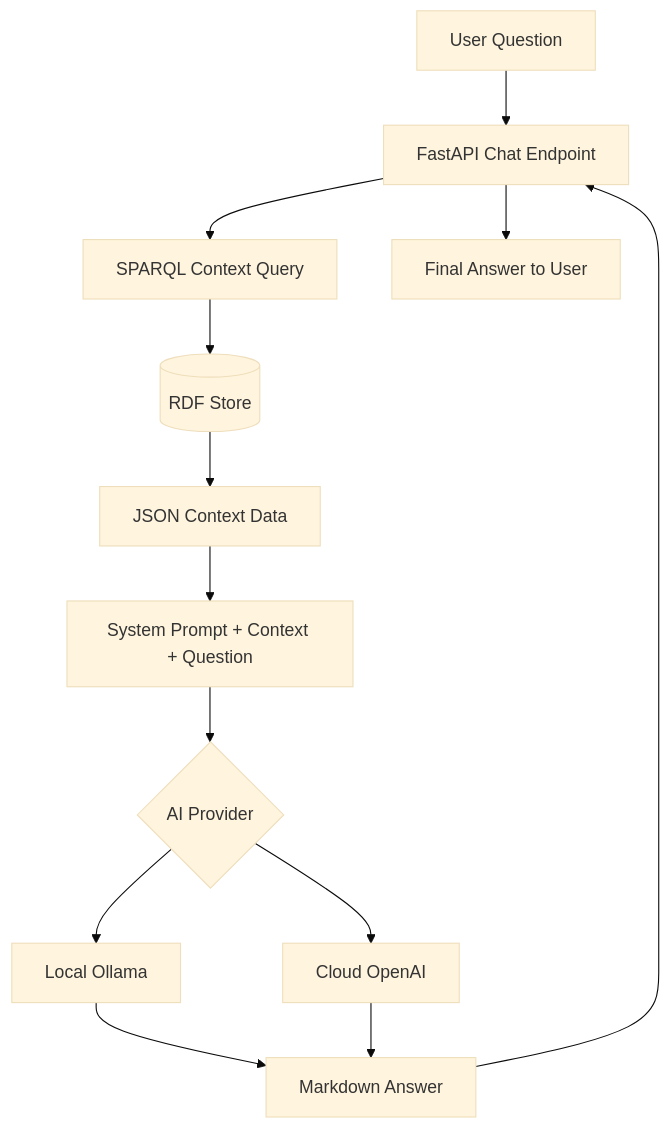
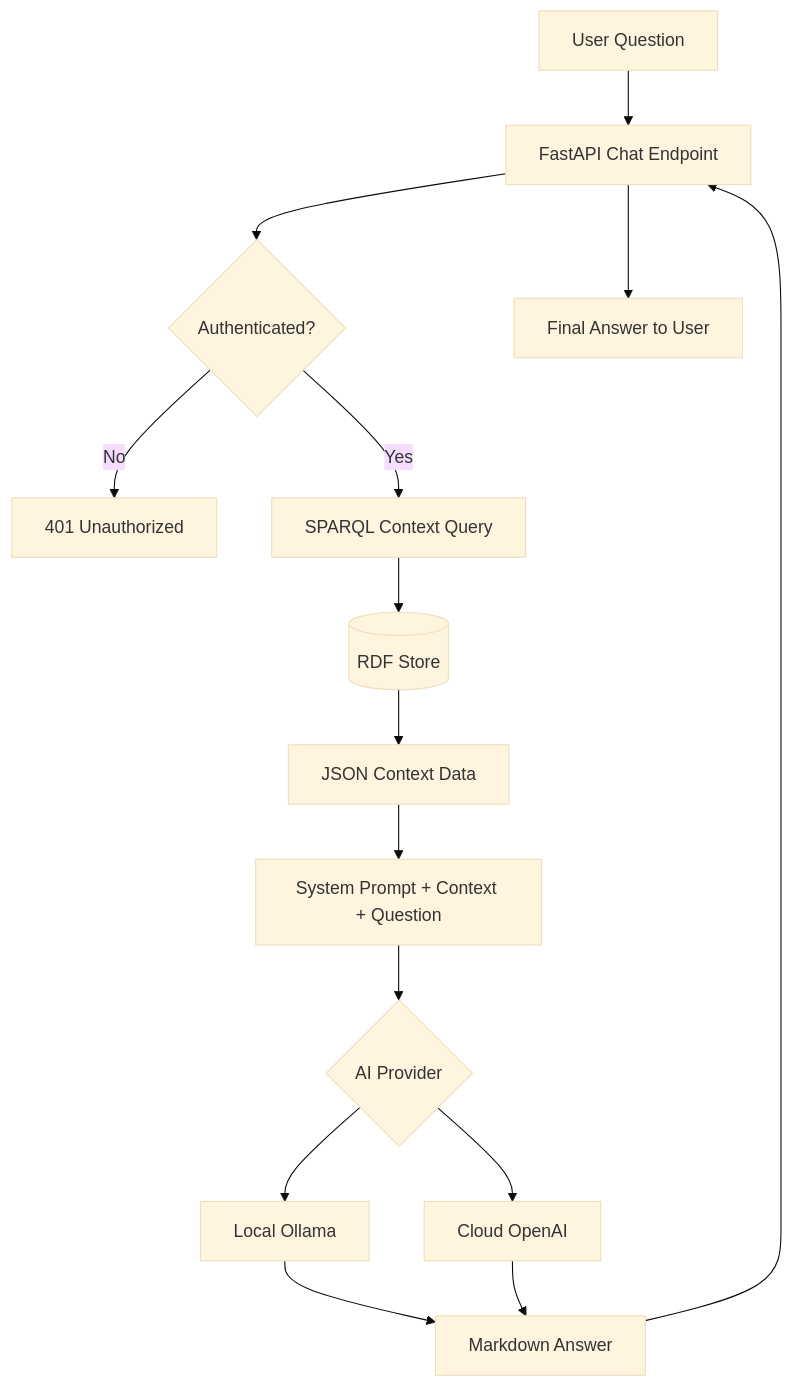
Before and after one commit to andreahall12/PACT-compliance-engine: the fourth of 12 diagrams in docs/architecture.md, drawn with Mermaid (base theme). The commit also changed other lines of this file, not shown here.

First line of the commit message:
docs: Comprehensive architecture documentation update

````diff
--- a/docs/architecture.md
+++ b/docs/architecture.md
@@ -70,15 +175,17 @@
 ```mermaid
 flowchart TD
     Q[User Question] --> API[FastAPI Chat Endpoint]
-    API --> SPARQL[SPARQL Context Query]
-    SPARQL --> DB[(RDF Store)]
-    DB --> Context[JSON Context Data]
+    API --> Auth{Authenticated?}
+    Auth -->|No| Reject[401 Unauthorized]
+    Auth -->|Yes| SPARQL[SPARQL Context Query]
+    SPARQL --> Graph[(RDF Store)]
+    Graph --> Context[JSON Context Data]
     Context --> Prompt[System Prompt + Context + Question]
-    Prompt --> LLM{AI Provider}
-    LLM --> Ollama[Local Ollama]
-    LLM --> OpenAI[Cloud OpenAI]
+    Prompt --> Provider{AI Provider}
+    Provider --> Ollama[Local Ollama]
+    Provider --> OpenAI[Cloud OpenAI]
     Ollama --> Response[Markdown Answer]
     OpenAI --> Response
     Response --> API
     API --> Result[Final Answer to User]
 ```
````
